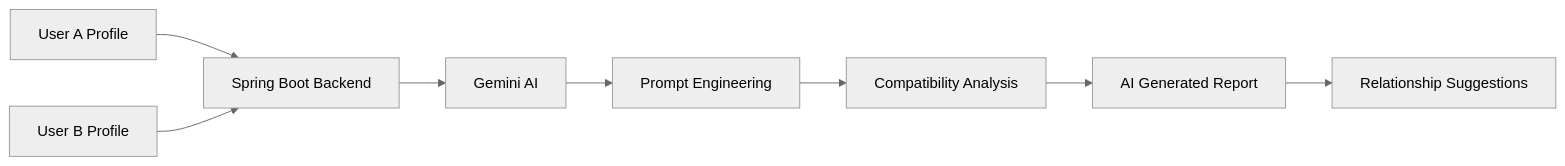
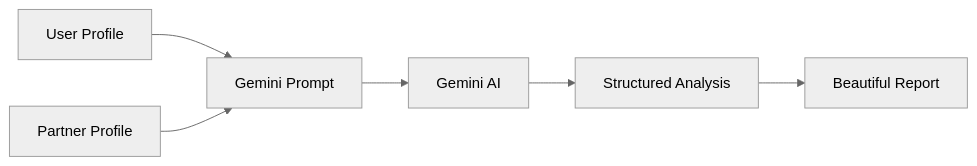
One commit to TheKanishkDev/SoulSync-AI changed the fourth of 21 diagrams in README.md. Above: the diagram before and after it, drawn with Mermaid (neutral theme). The commit also changed other lines of this file, not shown here.

````diff
--- a/README.md
+++ b/README.md
@@ -467,31 +618,25 @@
 ```mermaid
 flowchart LR
 
-A[User A Profile]
-B[User B Profile]
+A[User Profile]
 
-C[Spring Boot Backend]
+B[Partner Profile]
+
+C[Gemini Prompt]
 
 D[Gemini AI]
 
-E[Prompt Engineering]
+E[Structured Analysis]
 
-F[Compatibility Analysis]
-
-G[AI Generated Report]
-
-H[Relationship Suggestions]
+F[Beautiful Report]
 
 A --> C
+
 B --> C
 
 C --> D
 
 D --> E
 
 E --> F
-
-F --> G
-
-G --> H
 ```
````
